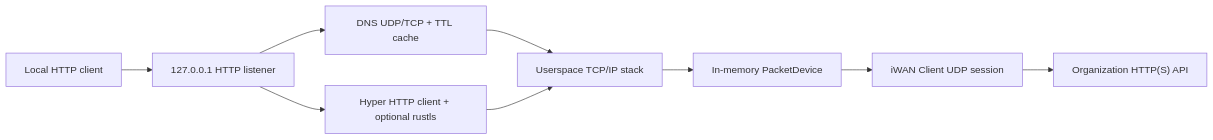
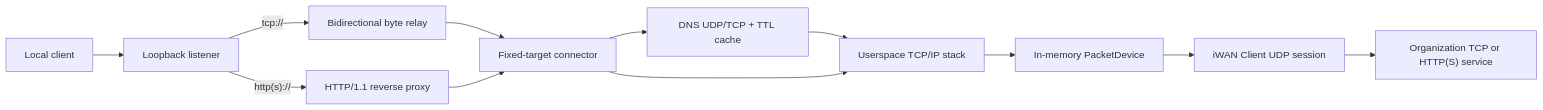
Before and after one commit to zhangheqi/openiwan: the second of 2 diagrams in docs/ARCHITECTURE.md, drawn with Mermaid. The commit also changed other lines of this file and 14 other files, not shown here.

````diff
--- a/docs/ARCHITECTURE.md
+++ b/docs/ARCHITECTURE.md
@@ -170,11 +187,14 @@
 ```mermaid
 flowchart LR
-    Local["Local HTTP client"] --> Listener["127.0.0.1 HTTP listener"]
-    Listener --> Upstream["Hyper HTTP client + optional rustls"]
-    Listener --> DNS["DNS UDP/TCP + TTL cache"]
+    Local["Local client"] --> Listener["Loopback listener"]
+    Listener -->|"tcp://"| Relay["Bidirectional byte relay"]
+    Listener -->|"http(s)://"| Proxy["HTTP/1.1 reverse proxy"]
+    Relay --> Connector["Fixed-target connector"]
+    Proxy --> Connector
+    Connector --> DNS["DNS UDP/TCP + TTL cache"]
     DNS --> Stack["Userspace TCP/IP stack"]
-    Upstream --> Stack
+    Connector --> Stack
     Stack --> Device["In-memory PacketDevice"]
     Device --> Client["iWAN Client UDP session"]
-    Client --> API["Organization HTTP(S) API"]
+    Client --> Target["Organization TCP or HTTP(S) service"]
 ```
````
